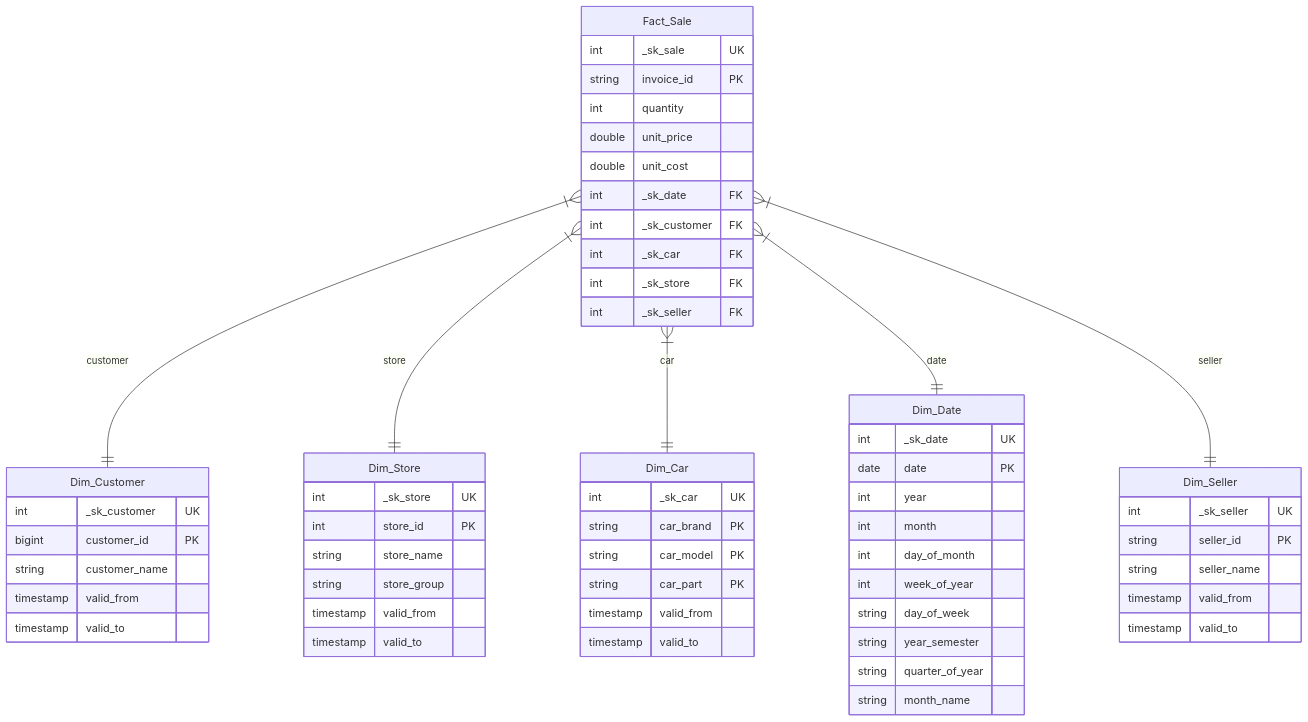
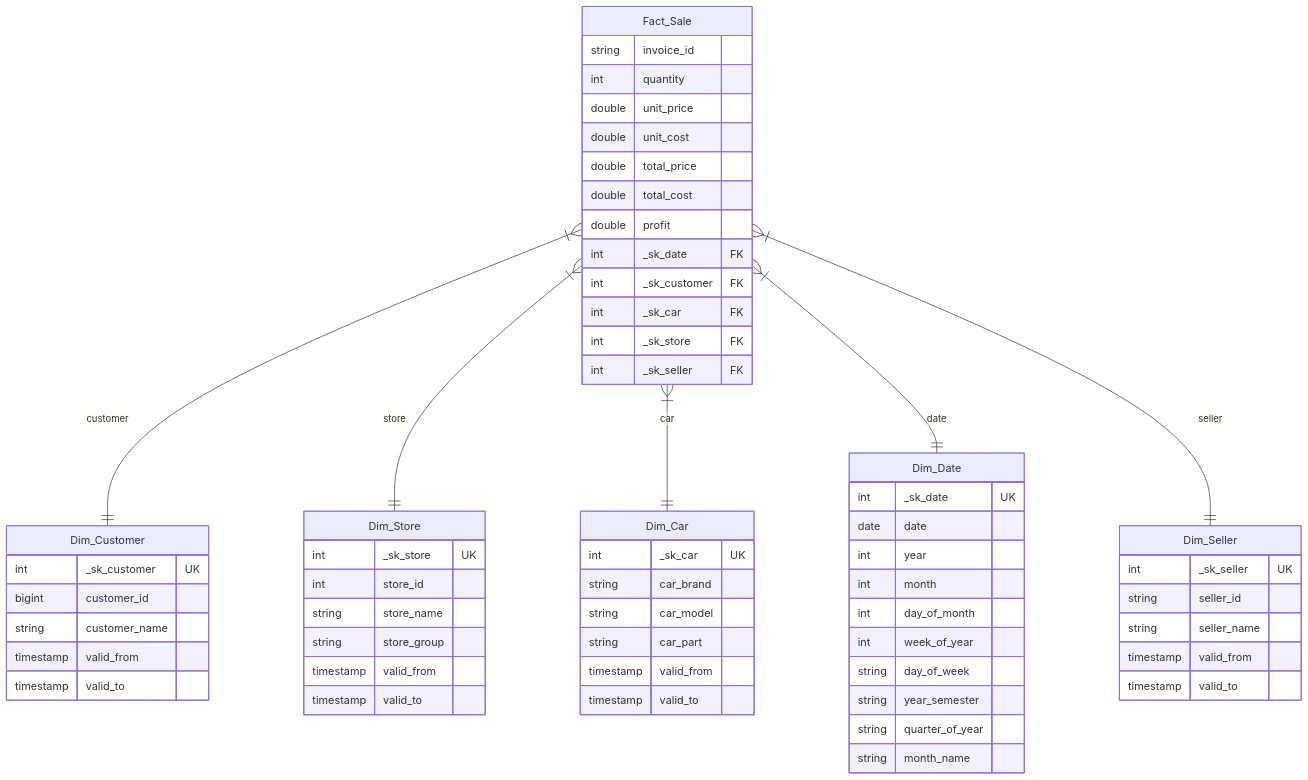
Before and after one commit to croraphael/pj_vendas_estag_exata: the diagram in README.md, drawn with Mermaid.

Commit message:
Changing diagram

````diff
--- a/README.md
+++ b/README.md
@@ -125,65 +125,67 @@
 ```mermaid
     erDiagram
         direction TB
 
         Dim_Seller {
             int _sk_seller UK ""
-            string seller_id PK ""
+            string seller_id ""
             string seller_name ""
             timestamp valid_from ""
             timestamp valid_to ""
         }
         Dim_Store {
             int _sk_store UK ""
-            int store_id PK ""
+            int store_id ""
             string store_name ""
             string store_group ""
             timestamp valid_from ""
             timestamp valid_to ""
         }
-        Fact_Sale {
-            int _sk_sale UK ""  
-            string invoice_id PK ""  
+        Fact_Sale { 
+            string invoice_id ""  
             int quantity  ""
             double unit_price ""
             double unit_cost ""
+            double total_price ""
+            double total_cost ""
+            double profit ""
             int _sk_date FK ""
             int _sk_customer FK ""
             int _sk_car FK ""
             int _sk_store FK ""
             int _sk_seller FK ""
         }
         Dim_Car {
             int _sk_car UK ""
-            string car_brand PK ""
-            string car_model PK ""
-            string car_part PK ""
+            string car_brand ""
+            string car_model ""
+            string car_part ""
             timestamp valid_from ""
             timestamp valid_to ""
         }
         Dim_Customer {
             int _sk_customer UK ""
-            bigint customer_id PK ""
+            bigint customer_id ""
             string customer_name ""
             timestamp valid_from ""
             timestamp valid_to ""
         }
         Dim_Date {
             int _sk_date UK ""
-            date date PK ""
+            date date ""
             int year ""
             int month ""
             int day_of_month ""
             int week_of_year ""
             string day_of_week ""
             string year_semester ""
             string quarter_of_year ""
             string month_name ""
         }
 
         Fact_Sale}|--||Dim_Customer:"customer"
         Fact_Sale}|--||Dim_Store:"store"
         Fact_Sale}|--||Dim_Car:"car"
         Fact_Sale}|--||Dim_Date:"date"
         Fact_Sale}|--||Dim_Seller:"seller"
 ```
````
